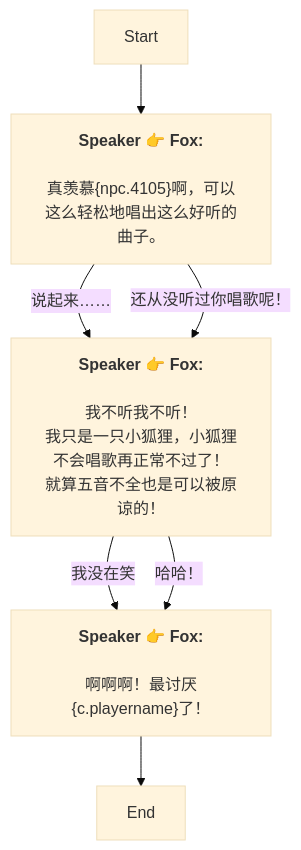
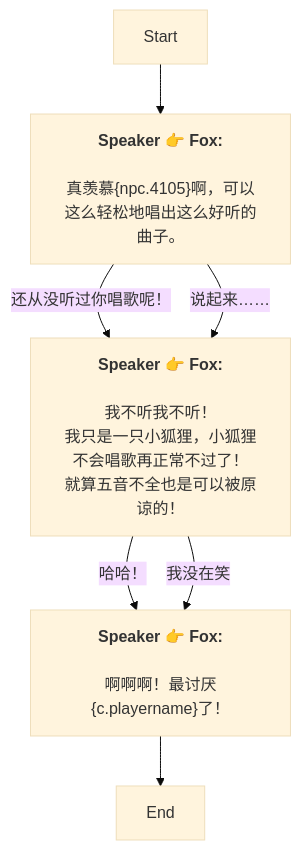
One commit to SoftHu/tos_avg changed the diagram in Zh/AddDialogNode_1739771490867620.md. Above: the diagram before and after it, drawn with Mermaid (base theme). The commit also changed other lines of this file and 780 other files, not shown here.

````diff
--- a/Zh/AddDialogNode_1739771490867620.md
+++ b/Zh/AddDialogNode_1739771490867620.md
@@ -1,17 +1,17 @@
 ```mermaid
 graph
 Start -->1739771553894823[<b>Speaker 👉 Fox:</b>
 \n真羡慕&lbrace;npc.4105&rbrace;啊，可以这么轻松地唱出这么好听的曲子。]
+1739771553894823 -->|还从没听过你唱歌呢！|1739773216019886[<b>Speaker 👉 Fox:</b>
+\n我不听我不听！
+我只是一只小狐狸，小狐狸不会唱歌再正常不过了！\n就算五音不全也是可以被原谅的！]
 1739771553894823 -->|说起来……|1739773216019886[<b>Speaker 👉 Fox:</b>
 \n我不听我不听！
 我只是一只小狐狸，小狐狸不会唱歌再正常不过了！\n就算五音不全也是可以被原谅的！]
-1739771553894823 -->|还从没听过你唱歌呢！|1739773216019886[<b>Speaker 👉 Fox:</b>
-\n我不听我不听！
-我只是一只小狐狸，小狐狸不会唱歌再正常不过了！\n就算五音不全也是可以被原谅的！]
+1739773216019886 -->|哈哈！|1739774124962228[<b>Speaker 👉 Fox:</b>
+\n啊啊啊！最讨厌&lbrace;c.playername&rbrace;了！]
 1739773216019886 -->|我没在笑|1739774124962228[<b>Speaker 👉 Fox:</b>
-\n啊啊啊！最讨厌&lbrace;c.playername&rbrace;了！]
-1739773216019886 -->|哈哈！|1739774124962228[<b>Speaker 👉 Fox:</b>
 \n啊啊啊！最讨厌&lbrace;c.playername&rbrace;了！]
 1739774124962228 -->1739774309007797[End]
 
 ```
````
